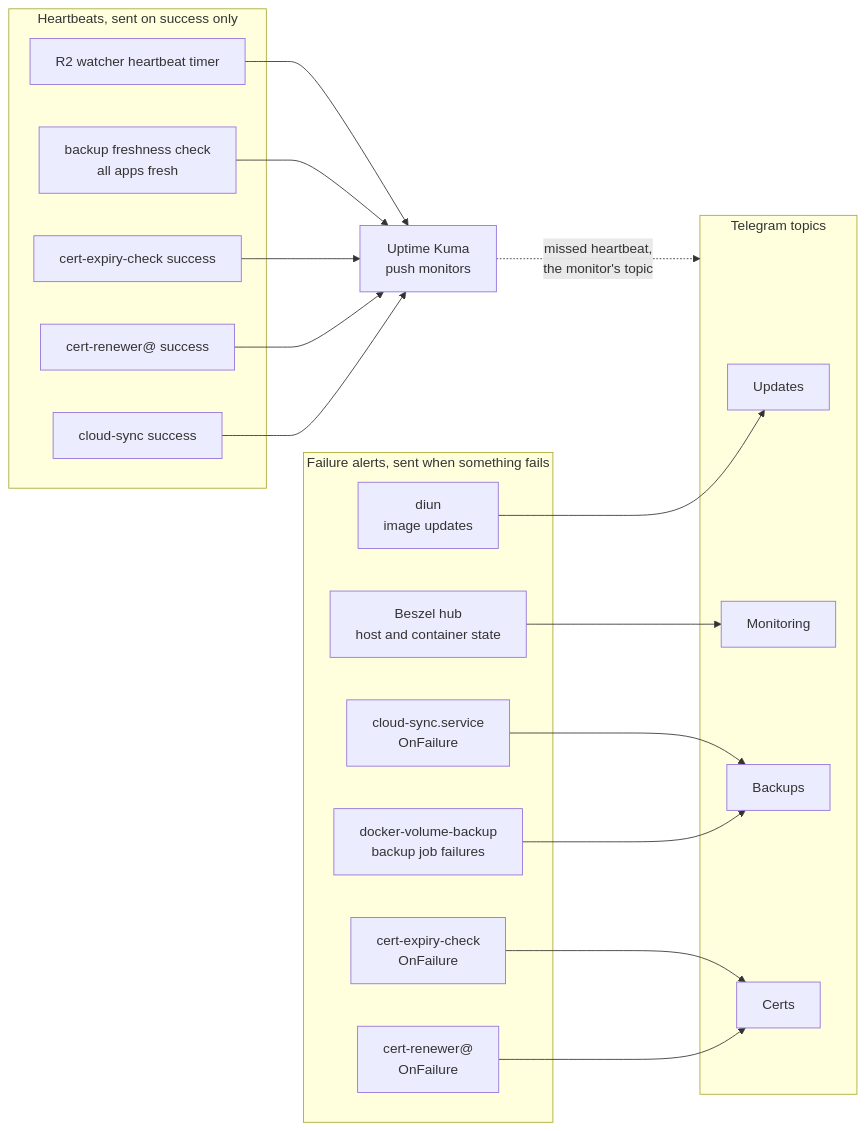
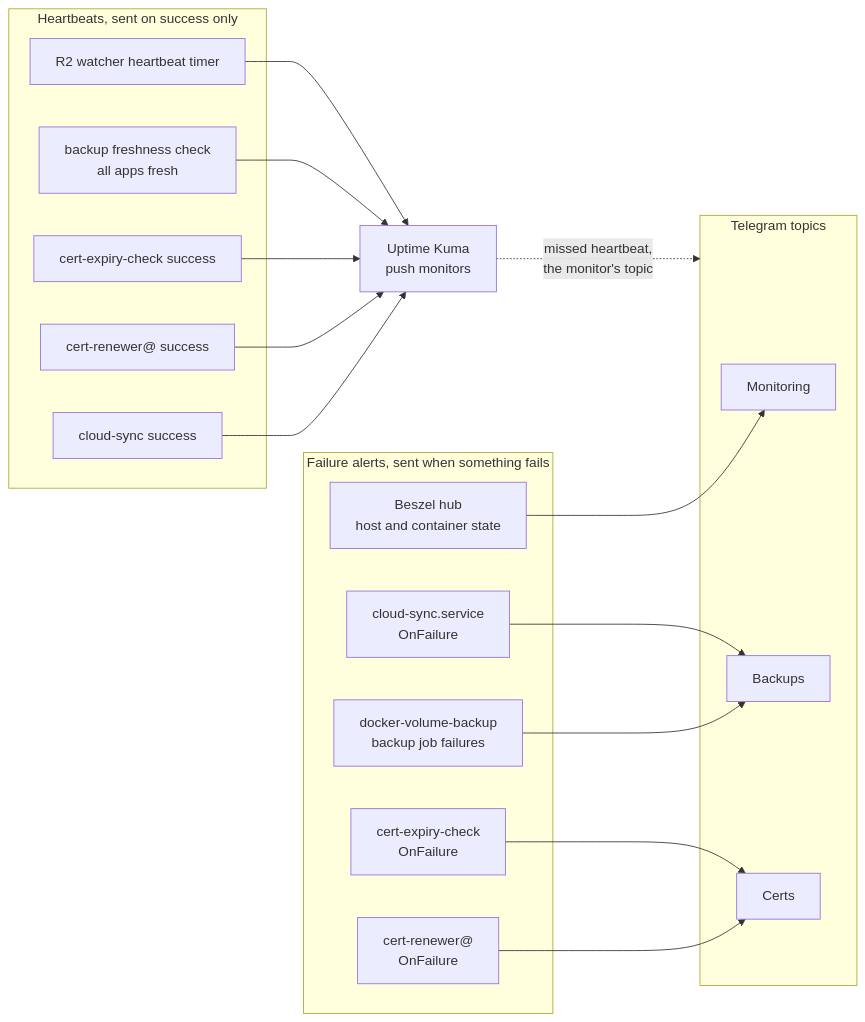
Before and after one commit to wenenhoe/homelab: the diagram in docs/architecture/alerting-and-heartbeat-flow.md, drawn with Mermaid. The commit also changed other lines of this file and 24 other files, not shown here.

````diff
--- a/docs/architecture/alerting-and-heartbeat-flow.md
+++ b/docs/architecture/alerting-and-heartbeat-flow.md
@@ -9,42 +9,39 @@
 ```mermaid
 flowchart LR
     subgraph sources["Failure alerts, sent when something fails"]
-        diun["diun<br/>image updates"]
         beszel["Beszel hub<br/>host and container state"]
         dvb["docker-volume-backup<br/>backup job failures"]
         sync["cloud-sync.service<br/>OnFailure"]
         renew["cert-renewer@<br/>OnFailure"]
         expiry["cert-expiry-check<br/>OnFailure"]
     end
 
     subgraph push["Heartbeats, sent on success only"]
         psync["cloud-sync success"]
         prenew["cert-renewer@ success"]
         pexpiry["cert-expiry-check success"]
         pfresh["backup freshness check<br/>all apps fresh"]
         pwatch["R2 watcher heartbeat timer"]
     end
 
     kuma["Uptime Kuma<br/>push monitors"]
 
     subgraph topics["Telegram topics"]
-        updates["Updates"]
         monitoring["Monitoring"]
         backups["Backups"]
         certs["Certs"]
     end
 
-    diun --> updates
     beszel --> monitoring
     dvb --> backups
     sync --> backups
     renew --> certs
     expiry --> certs
 
     psync --> kuma
     prenew --> kuma
     pexpiry --> kuma
     pfresh --> kuma
     pwatch --> kuma
     kuma -. "missed heartbeat,<br/>the monitor's topic" .-> topics
 ```
````
